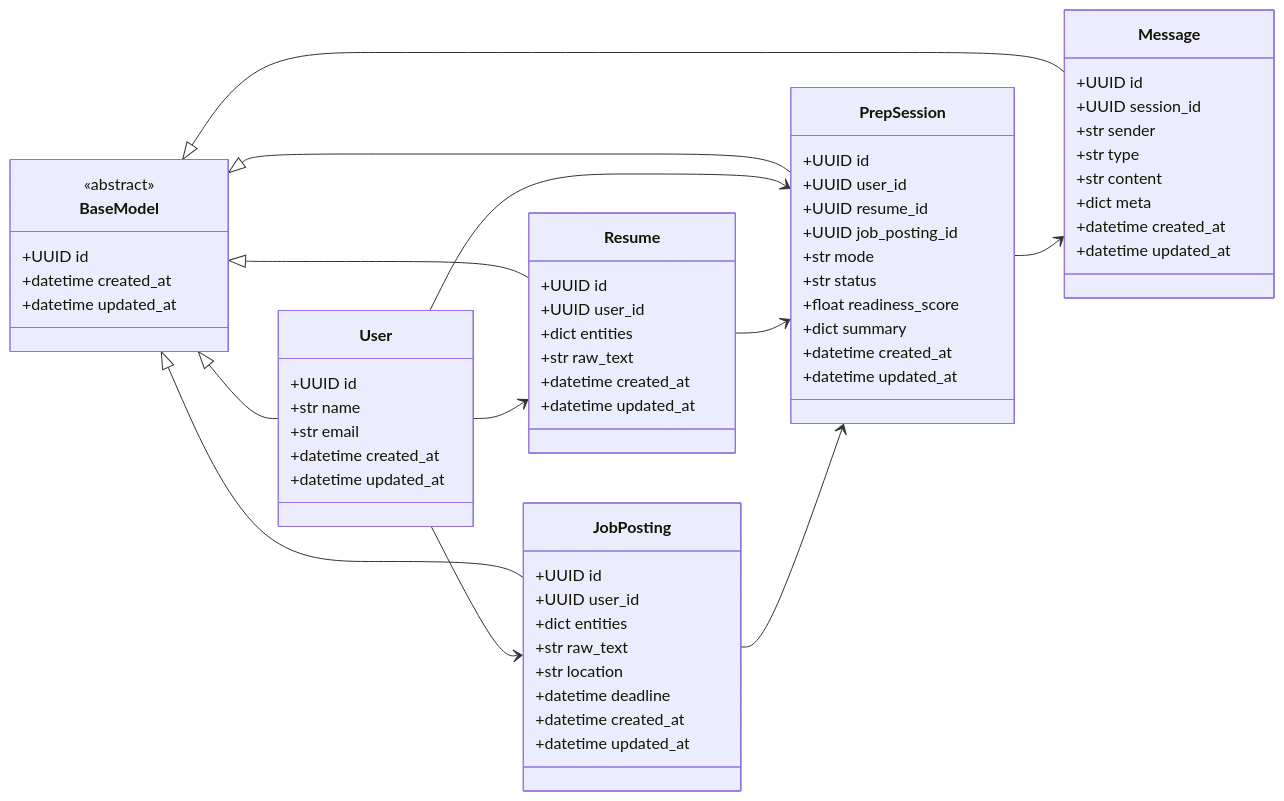
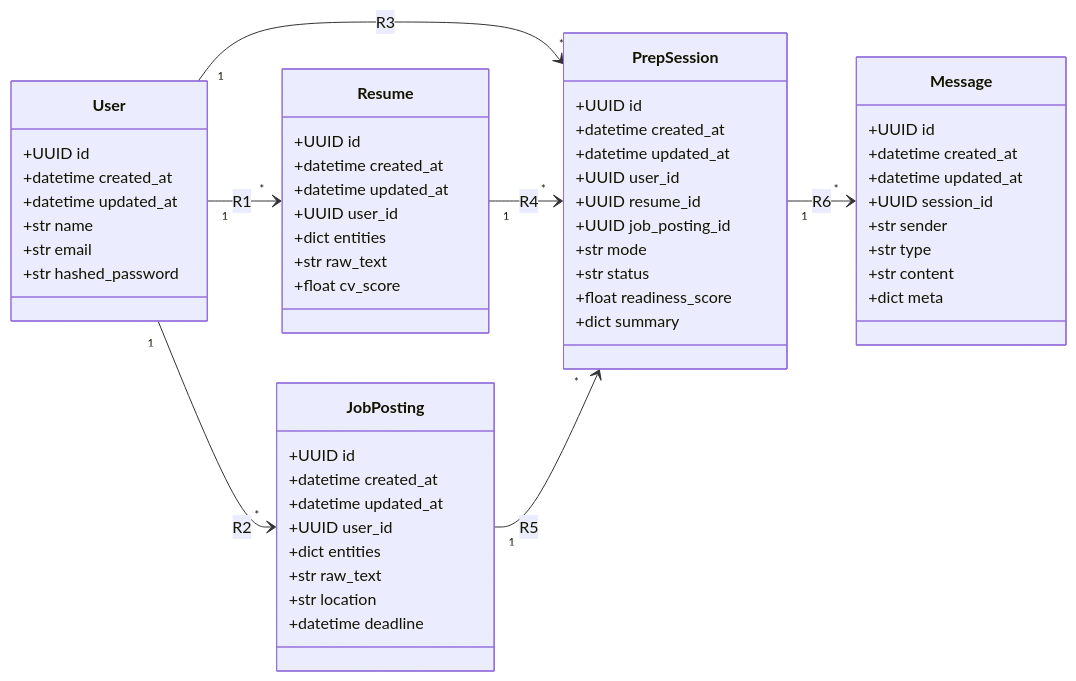
One commit to dinalUdagedara/model-training-ner changed the diagram in docs/ipd/diagrams/04-class-diagram.mmd. Above: the diagram before and after it, drawn with Mermaid. The commit also changed 22 other files, not shown here.

Commit message:
diagrams

```diff
--- a/docs/ipd/diagrams/04-class-diagram.mmd
+++ b/docs/ipd/diagrams/04-class-diagram.mmd
@@ -1,82 +1,68 @@
 %% Class Diagram - CrackInt Backend
 %% Chapter 6, Section 6.4
-%% Based on app/models.py
-%% Restructured to reduce overlapping: combined base models, LR direction
+%% id / timestamps on each class (mixins in code). Links R1–R6 match HTML figure + table.
+%% Render: mmdc -i 04-class-diagram.mmd -o 04-class-diagram-mermaid.png
 
 classDiagram
     direction LR
 
-    %% Base model (combines UUID + Timestamp mixins to reduce inheritance clutter)
-    class BaseModel {
-        <<abstract>>
+    class User {
         +UUID id
         +datetime created_at
         +datetime updated_at
-    }
-
-    class User {
-        +UUID id
         +str name
         +str email
-        +datetime created_at
-        +datetime updated_at
+        +str hashed_password
     }
 
     class Resume {
         +UUID id
+        +datetime created_at
+        +datetime updated_at
         +UUID user_id
         +dict entities
         +str raw_text
-        +datetime created_at
-        +datetime updated_at
+        +float cv_score
     }
 
     class JobPosting {
         +UUID id
+        +datetime created_at
+        +datetime updated_at
         +UUID user_id
         +dict entities
         +str raw_text
         +str location
         +datetime deadline
-        +datetime created_at
-        +datetime updated_at
     }
 
     class PrepSession {
         +UUID id
+        +datetime created_at
+        +datetime updated_at
         +UUID user_id
         +UUID resume_id
         +UUID job_posting_id
         +str mode
         +str status
         +float readiness_score
         +dict summary
-        +datetime created_at
-        +datetime updated_at
     }
 
     class Message {
         +UUID id
+        +datetime created_at
+        +datetime updated_at
         +UUID session_id
         +str sender
         +str type
         +str content
         +dict meta
-        +datetime created_at
-        +datetime updated_at
     }
 
-    %% Inheritance (5 arrows instead of 10 - much cleaner)
-    BaseModel <|-- User
-    BaseModel <|-- Resume
-    BaseModel <|-- JobPosting
-    BaseModel <|-- PrepSession
-    BaseModel <|-- Message
-
-    %% Associations - domain relationships
-    User --> Resume
-    User --> JobPosting
-    User --> PrepSession
-    Resume --> PrepSession
-    JobPosting --> PrepSession
-    PrepSession --> Message
+    User "1" --> "*" Resume : R1
+    User "1" --> "*" JobPosting : R2
+    User "1" --> "*" PrepSession : R3
+    Resume "1" --> "*" PrepSession : R4
+    JobPosting "1" --> "*" PrepSession : R5
+    PrepSession "1" --> "*" Message : R6
```
